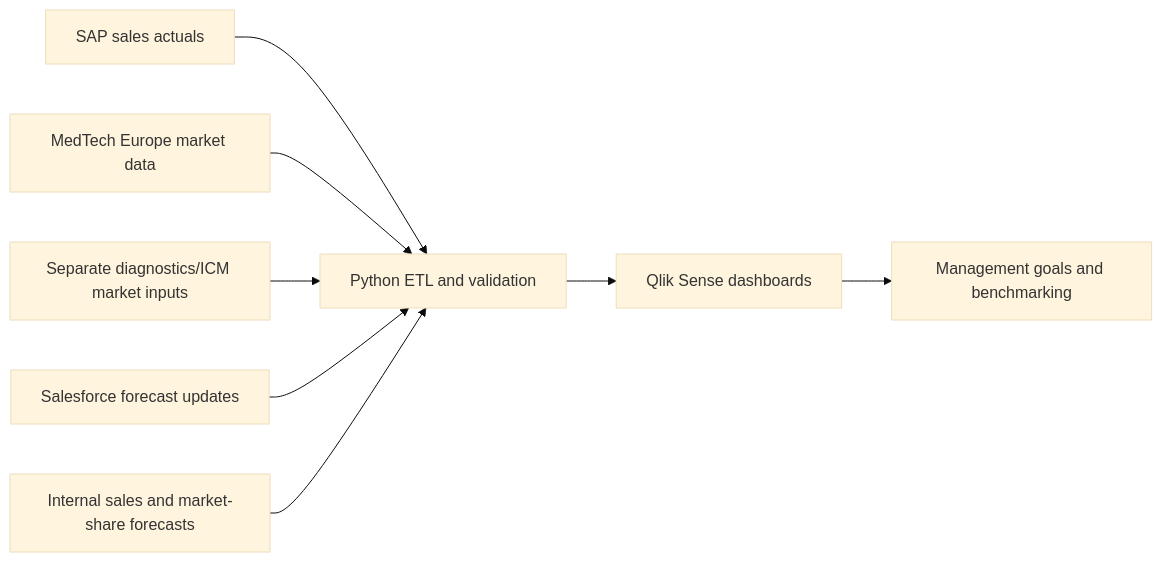
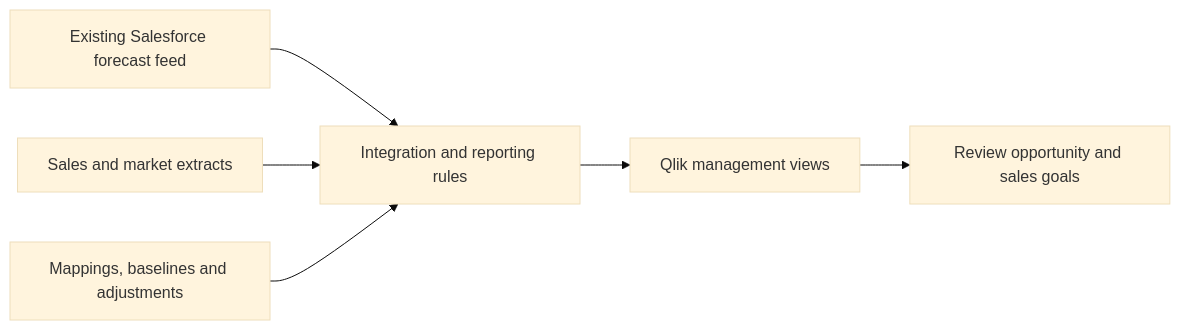
Before and after one commit to mattbang/enterprise-commercial-etl-pipeline: the diagram in README.md, drawn with Mermaid (base theme). The commit also changed other lines of this file and 4 other files, not shown here.

````diff
--- a/README.md
+++ b/README.md
@@ -36,10 +9,8 @@
 ```mermaid
 flowchart LR
-    SAP[SAP sales actuals] --> ETL[Python ETL and validation]
-    MTE[MedTech Europe market data] --> ETL
-    ICM[Separate diagnostics/ICM market inputs] --> ETL
-    SF[Salesforce forecast updates] --> ETL
-    FC[Internal sales and market-share forecasts] --> ETL
-    ETL --> Qlik[Qlik Sense dashboards]
-    Qlik --> MGMT[Management goals and benchmarking]
+    F[Existing Salesforce forecast feed] --> I[Integration and reporting rules]
+    M[Sales and market extracts] --> I
+    A[Mappings, baselines and adjustments] --> I
+    I --> Q[Qlik management views]
+    Q --> D[Review opportunity and sales goals]
 ```
````
